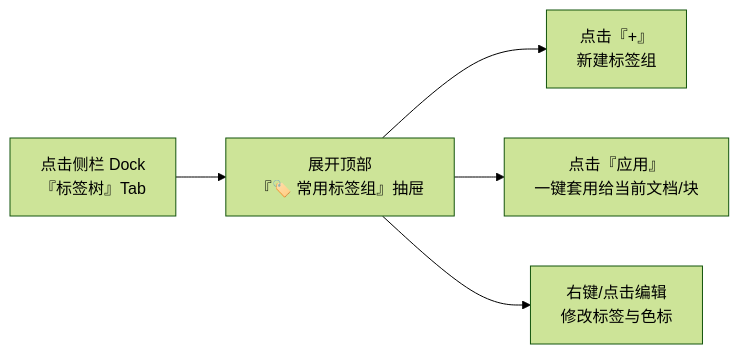
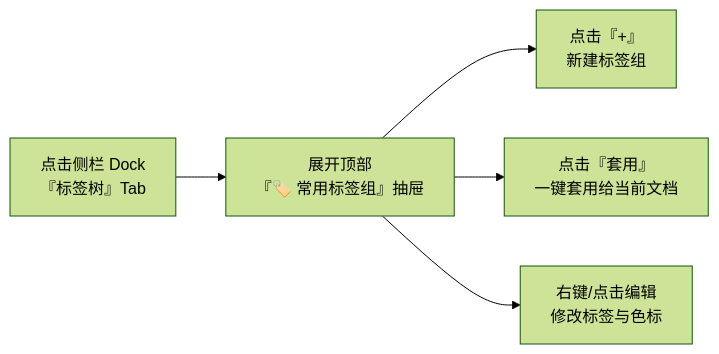
The second of 4 diagrams in docs/user-guide-groups-batch-and-ref.md (famotime/siyuan-tag-manager), drawn with Mermaid (forest theme) before and after one commit. The commit also changed other lines of this file and 5 other files, not shown here.

````diff
--- a/docs/user-guide-groups-batch-and-ref.md
+++ b/docs/user-guide-groups-batch-and-ref.md
@@ -54,7 +54,7 @@
 ```mermaid
 flowchart LR
     A["点击侧栏 Dock<br/>『标签树』Tab"] --> B["展开顶部<br/>『🏷️ 常用标签组』抽屉"]
     B --> C1["点击『+』<br/>新建标签组"]
-    B --> C2["点击『应用』<br/>一键套用给当前文档/块"]
+    B --> C2["点击『套用』<br/>一键套用给当前文档"]
     B --> C3["右键/点击编辑<br/>修改标签与色标"]
 ```
````
